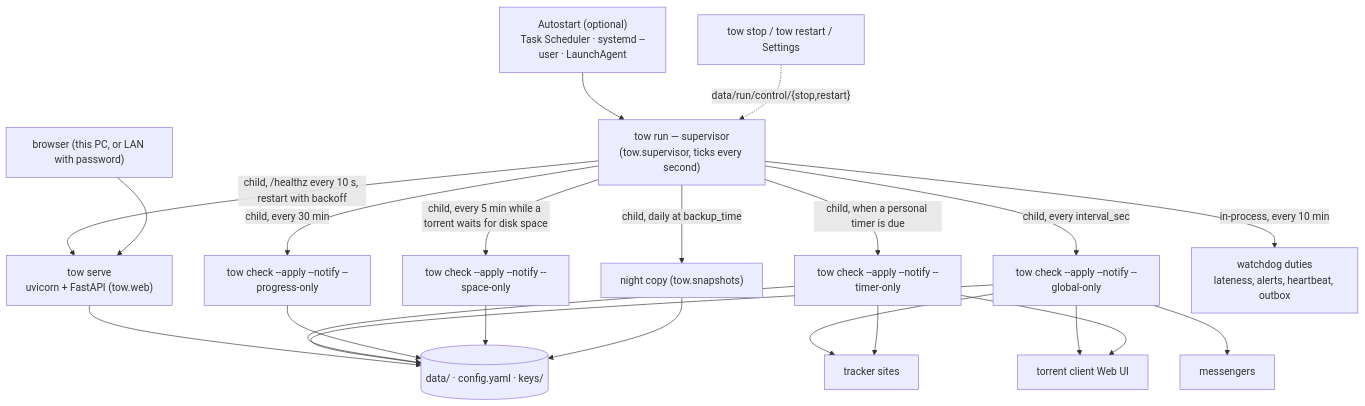
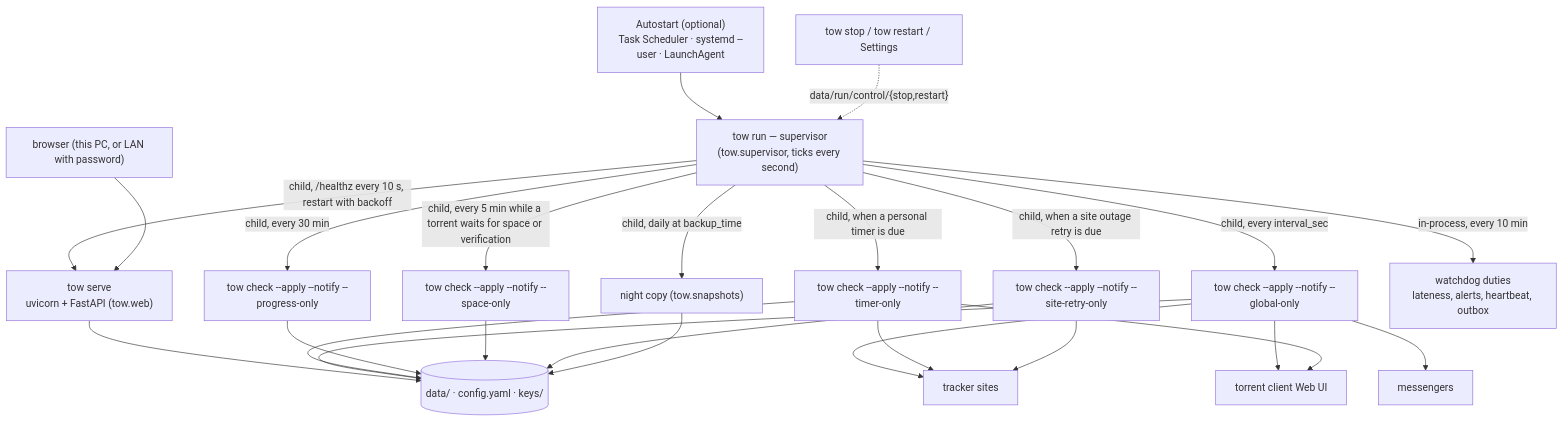
One commit to d0j/tow changed the diagram in docs/architecture.md. Above: the diagram before and after it, drawn with Mermaid. The commit also changed other lines of this file and 2 other files, not shown here.

First line of the commit message:
docs: name the queue, site retries, verification and local module

````diff
--- a/docs/architecture.md
+++ b/docs/architecture.md
@@ -9,25 +9,28 @@
 ```mermaid
 flowchart TD
     OS["Autostart (optional)<br/>Task Scheduler · systemd --user · LaunchAgent"] --> RUN
     CLI["tow stop / tow restart / Settings"] -. "data/run/control/{stop,restart}" .-> RUN
     RUN["tow run — supervisor<br/>(tow.supervisor, ticks every second)"]
     RUN -->|child, /healthz every 10 s, restart with backoff| SERVE["tow serve<br/>uvicorn + FastAPI (tow.web)"]
     RUN -->|child, every interval_sec| CHECK["tow check --apply --notify --global-only"]
     RUN -->|child, when a personal timer is due| TIMER["tow check --apply --notify --timer-only"]
     RUN -->|child, every 30 min| PROG["tow check --apply --notify --progress-only"]
-    RUN -->|child, every 5 min while a torrent waits for disk space| SPACE["tow check --apply --notify --space-only"]
+    RUN -->|child, every 5 min while a torrent waits for space or verification| SPACE["tow check --apply --notify --space-only"]
+    RUN -->|child, when a site outage retry is due| RETRY["tow check --apply --notify --site-retry-only"]
     RUN -->|child, daily at backup_time| NIGHT["night copy (tow.snapshots)"]
     RUN -->|in-process, every 10 min| WD["watchdog duties<br/>lateness, alerts, heartbeat, outbox"]
     SERVE --> DATA[("data/ · config.yaml · keys/")]
     CHECK --> DATA
     TIMER --> DATA
     PROG --> DATA
     SPACE --> DATA
+    RETRY --> DATA
     NIGHT --> DATA
     CHECK --> TRK["tracker sites"]
     TIMER --> TRK
+    RETRY --> TRK
     CHECK --> CL["torrent client Web UI"]
     TIMER --> CL
     CHECK --> MSG["messengers"]
     BROWSER["browser (this PC, or LAN with password)"] --> SERVE
 ```
````
